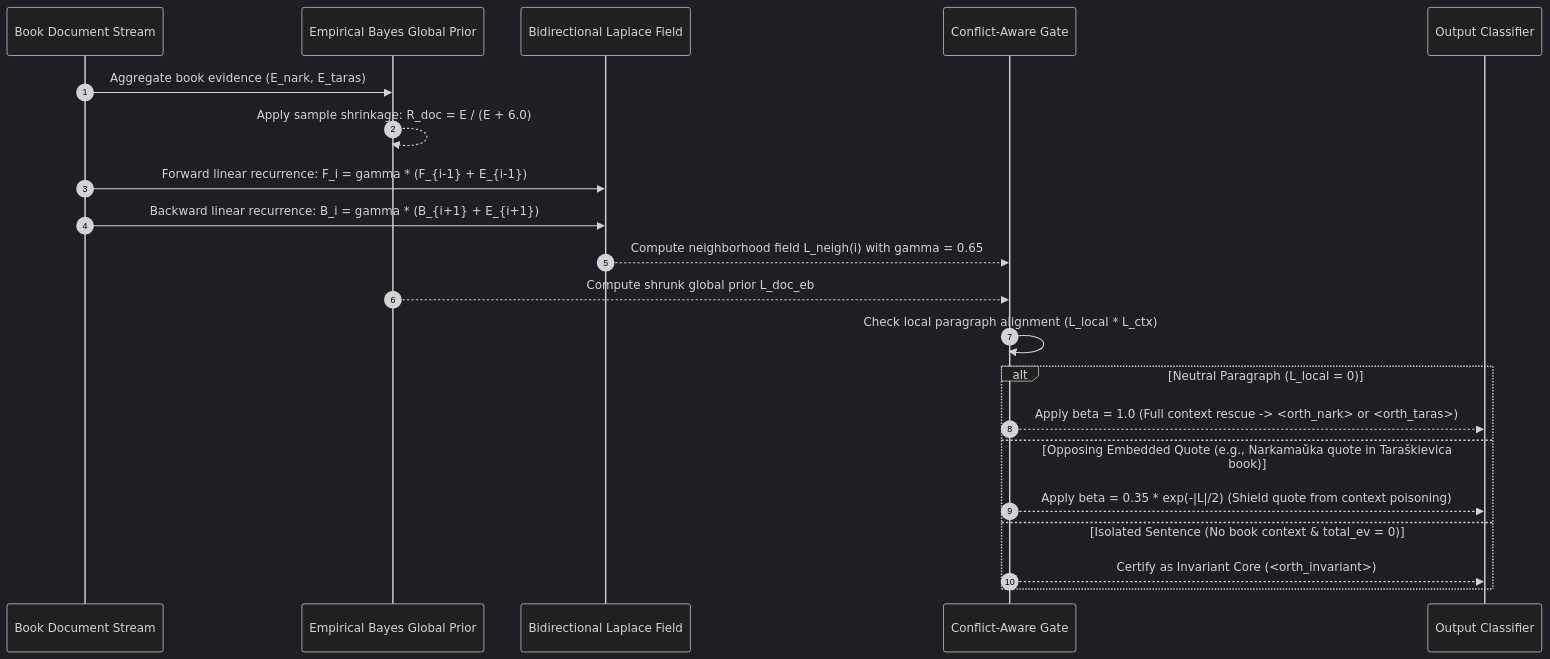
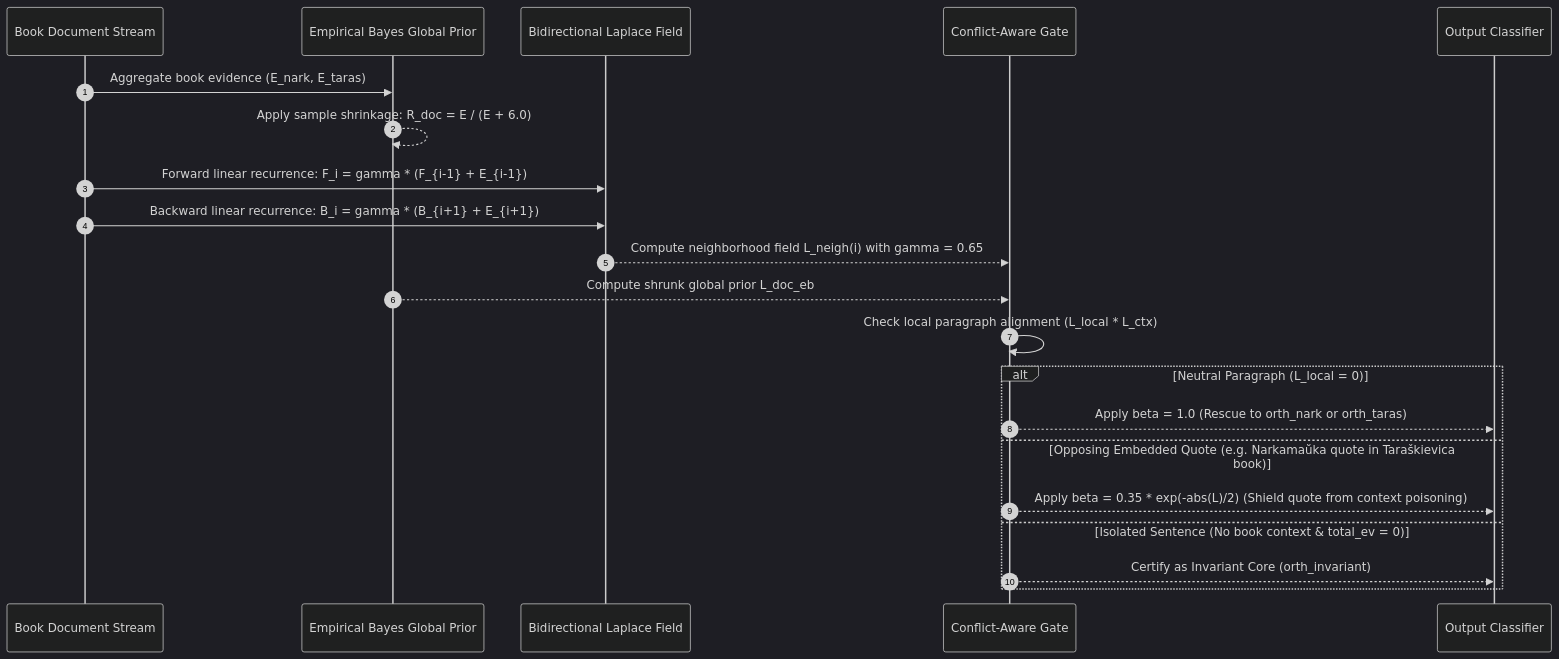
The second of 2 diagrams in README.md (egraich/DualMova), drawn with Mermaid (dark theme) before and after one commit. The commit also changed other lines of this file and 1 other file, not shown here.

First line of the commit message:
fix(docs): sanitize Mermaid diagram syntax for GitHub renderer

````diff
--- a/README.md
+++ b/README.md
@@ -74,24 +74,24 @@
 ```mermaid
 sequenceDiagram
     autonumber
     participant D as Book Document Stream
     participant EB as Empirical Bayes Global Prior
     participant LF as Bidirectional Laplace Field
     participant G as Conflict-Aware Gate
     participant R as Output Classifier
 
     D->>EB: Aggregate book evidence (E_nark, E_taras)
     EB-->>EB: Apply sample shrinkage: R_doc = E / (E + 6.0)
     D->>LF: Forward linear recurrence: F_i = gamma * (F_{i-1} + E_{i-1})
     D->>LF: Backward linear recurrence: B_i = gamma * (B_{i+1} + E_{i+1})
     LF-->>G: Compute neighborhood field L_neigh(i) with gamma = 0.65
     EB-->>G: Compute shrunk global prior L_doc_eb
     G->>G: Check local paragraph alignment (L_local * L_ctx)
     alt Neutral Paragraph (L_local = 0)
-        G-->>R: Apply beta = 1.0 (Full context rescue -> <orth_nark> or <orth_taras>)
-    else Opposing Embedded Quote (e.g., Narkamaŭka quote in Taraškievica book)
-        G-->>R: Apply beta = 0.35 * exp(-|L|/2) (Shield quote from context poisoning)
+        G-->>R: Apply beta = 1.0 (Rescue to orth_nark or orth_taras)
+    else Opposing Embedded Quote (e.g. Narkamaŭka quote in Taraškievica book)
+        G-->>R: Apply beta = 0.35 * exp(-abs(L)/2) (Shield quote from context poisoning)
     else Isolated Sentence (No book context & total_ev = 0)
-        G-->>R: Certify as Invariant Core (<orth_invariant>)
+        G-->>R: Certify as Invariant Core (orth_invariant)
     end
 ```
````
